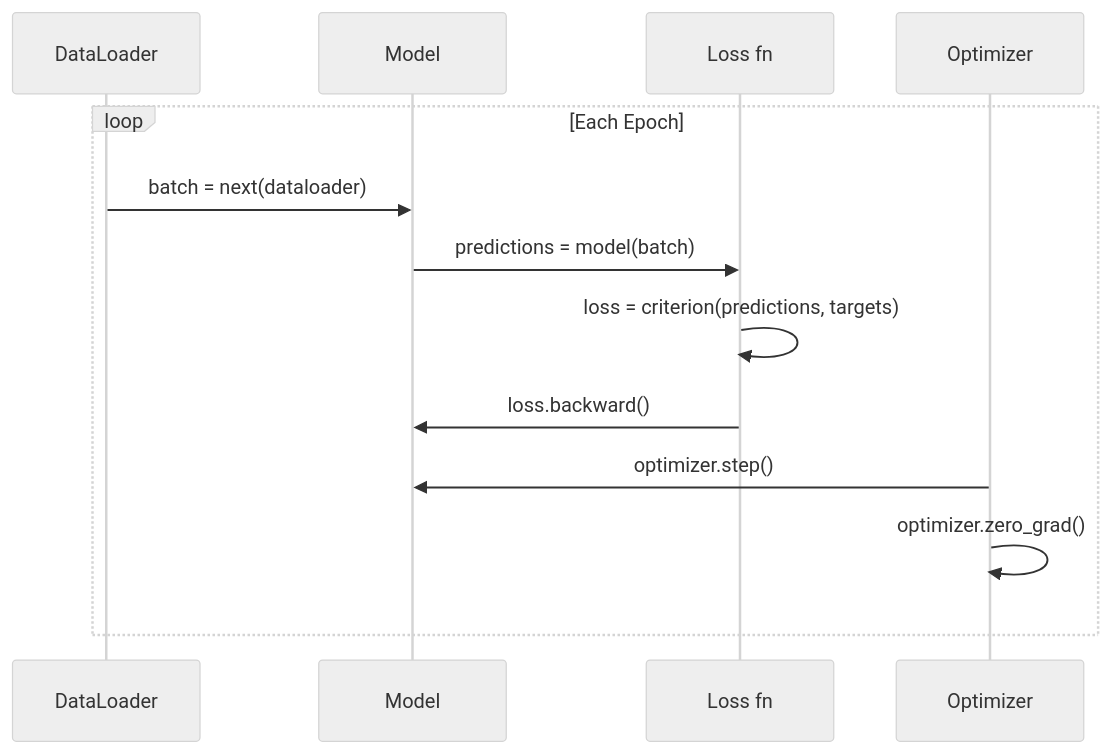
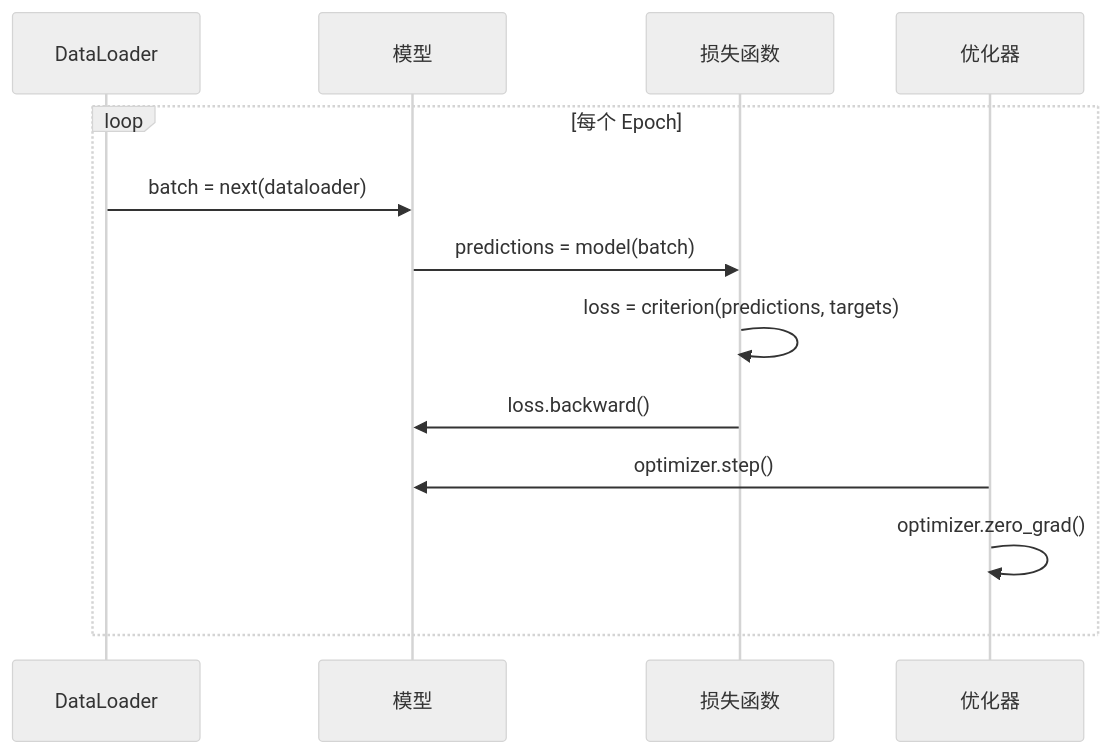
Before and after one commit to alessandrodinisio-ai/ai-engineering-learning-framework: the second of 2 diagrams in phases/03-deep-learning-core/11-intro-to-pytorch/docs/zh.md, drawn with Mermaid (neutral theme). The commit also changed other lines of this file and 120 other files, not shown here.

First line of the commit message:
i18n(mermaid): 337 个 mermaid 图表标签中文化

````diff
--- a/phases/03-deep-learning-core/11-intro-to-pytorch/docs/zh.md
+++ b/phases/03-deep-learning-core/11-intro-to-pytorch/docs/zh.md
@@ -184,16 +184,16 @@
 ```mermaid
 sequenceDiagram
     participant D as DataLoader
-    participant M as Model
-    participant L as Loss fn
-    participant O as Optimizer
+    participant M as 模型
+    participant L as 损失函数
+    participant O as 优化器
 
-    loop Each Epoch
+    loop 每个 Epoch
         D->>M: batch = next(dataloader)
         M->>L: predictions = model(batch)
         L->>L: loss = criterion(predictions, targets)
         L->>M: loss.backward()
         O->>M: optimizer.step()
         O->>O: optimizer.zero_grad()
     end
 ```
````
